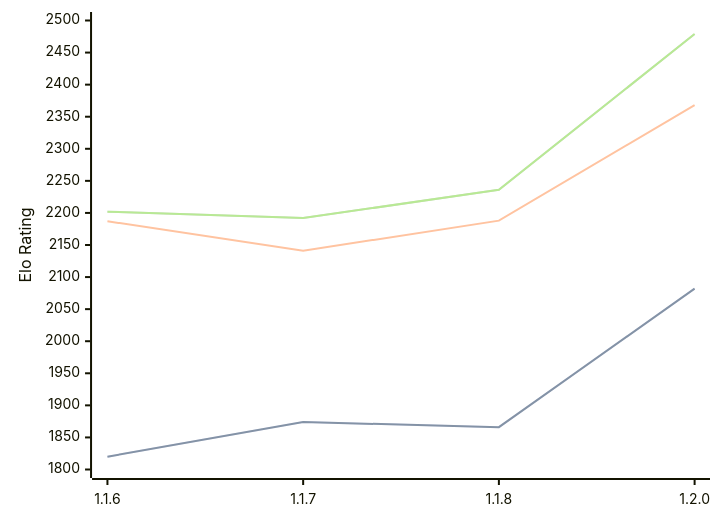
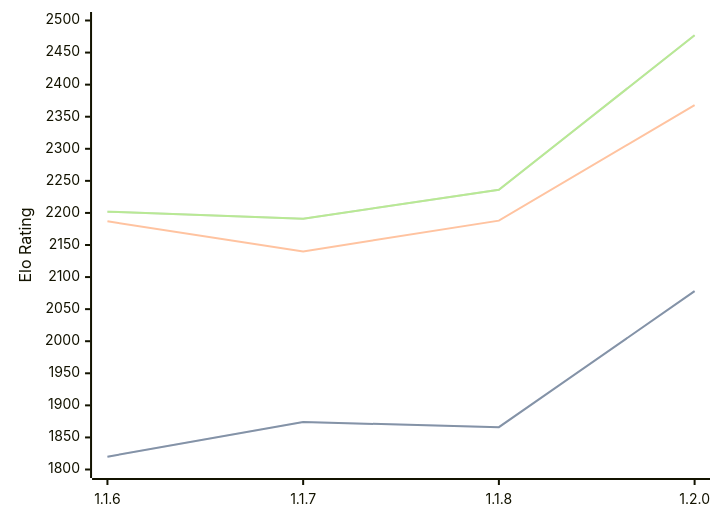
Before and after one commit to computer-chess-index/cci: the diagram in engines/Soomi.md, drawn with Mermaid. The commit also changed other lines of this file, not shown here.

Commit message:
Update CCI Ratings (ELO VLTC) - 2026-03-15

````diff
--- a/engines/Soomi.md
+++ b/engines/Soomi.md
@@ -32,11 +32,11 @@
 ```mermaid
 %%{init: {"theme":"base","themeVariables":{"seriesColors:['#a3a3a3','#222221','#faa371']}}}%%
 xychart-beta
   x-axis ["1.1.6", "1.1.7", "1.1.8", "1.2.0"]
   y-axis "Elo Rating" 1800 --> 2500
-  line "STC (8.0+0.08s)" [1820, 1874, 1866, 2082]
-  line "STC (8.0+0.08s)" [1820, 1874, 1866, 2082]
-  line "LTC (60.0+0.60s)" [2187, 2141, 2188, 2368]
-  line "VLTC (2m24s+1.12s)" [2202, 2192, 2236, 2479]
-  line "VLTC (2m24s+1.12s)" [2202, 2192, 2236, 2479]
+  line "STC (8.0+0.08s)" [1820, 1874, 1866, 2078]
+  line "STC (8.0+0.08s)" [1820, 1874, 1866, 2078]
+  line "LTC (60.0+0.60s)" [2187, 2140, 2188, 2368]
+  line "VLTC (2m24s+1.12s)" [2202, 2191, 2236, 2477]
+  line "VLTC (2m24s+1.12s)" [2202, 2191, 2236, 2477]
 ```
````
